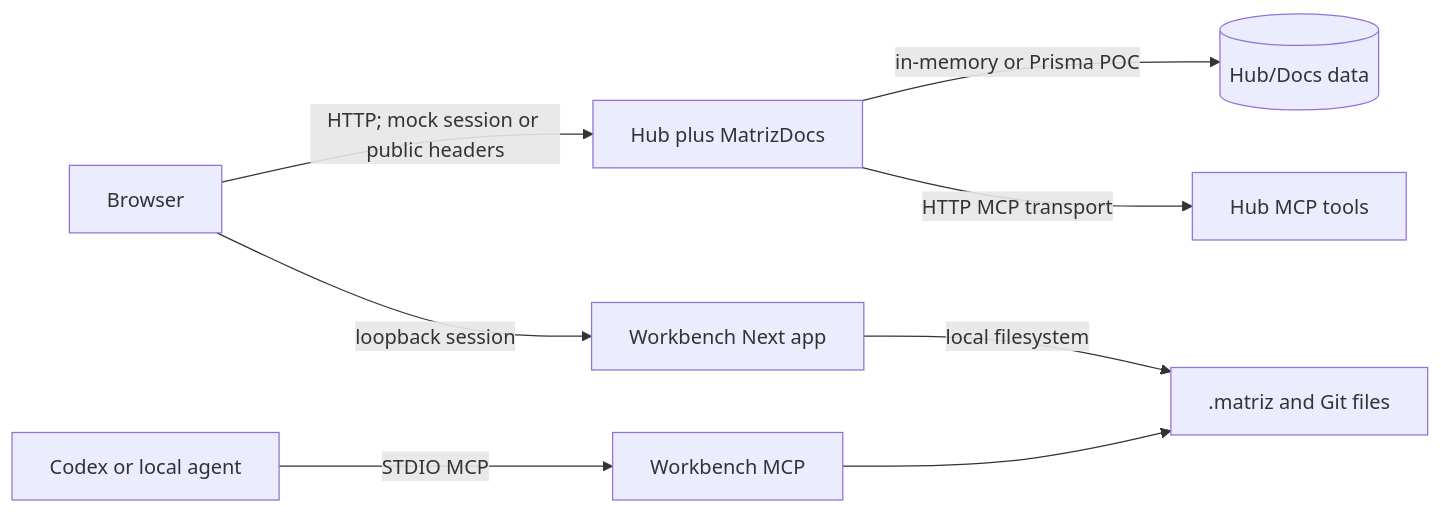
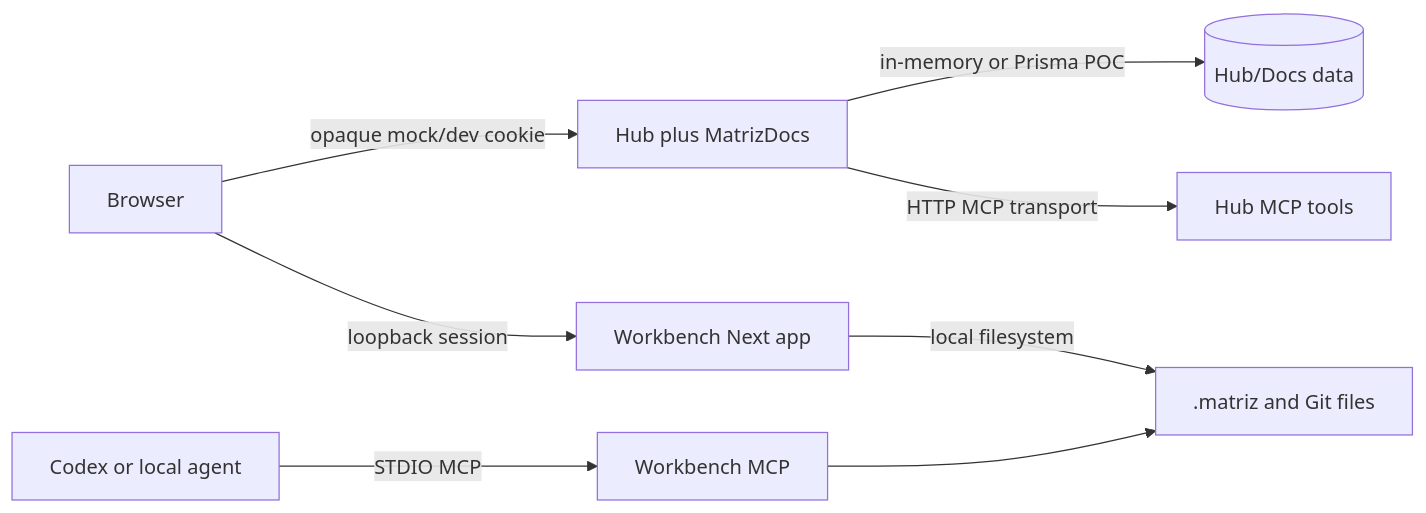
Before and after one commit to tainan21/Matrizpoc: the first of 2 diagrams in docs/security/THREAT-MODEL.md, drawn with Mermaid. The commit also changed other lines of this file and 48 other files, not shown here.

````diff
--- a/docs/security/THREAT-MODEL.md
+++ b/docs/security/THREAT-MODEL.md
@@ -28,10 +28,10 @@
 ```mermaid
 flowchart LR
-  B[Browser] -->|HTTP; mock session or public headers| H[Hub plus MatrizDocs]
+  B[Browser] -->|opaque mock/dev cookie| H[Hub plus MatrizDocs]
   H -->|in-memory or Prisma POC| D[(Hub/Docs data)]
   B -->|loopback session| W[Workbench Next app]
   W -->|local filesystem| F[.matriz and Git files]
   C[Codex or local agent] -->|STDIO MCP| M[Workbench MCP]
   M --> F
   H -->|HTTP MCP transport| HM[Hub MCP tools]
 ```
````
